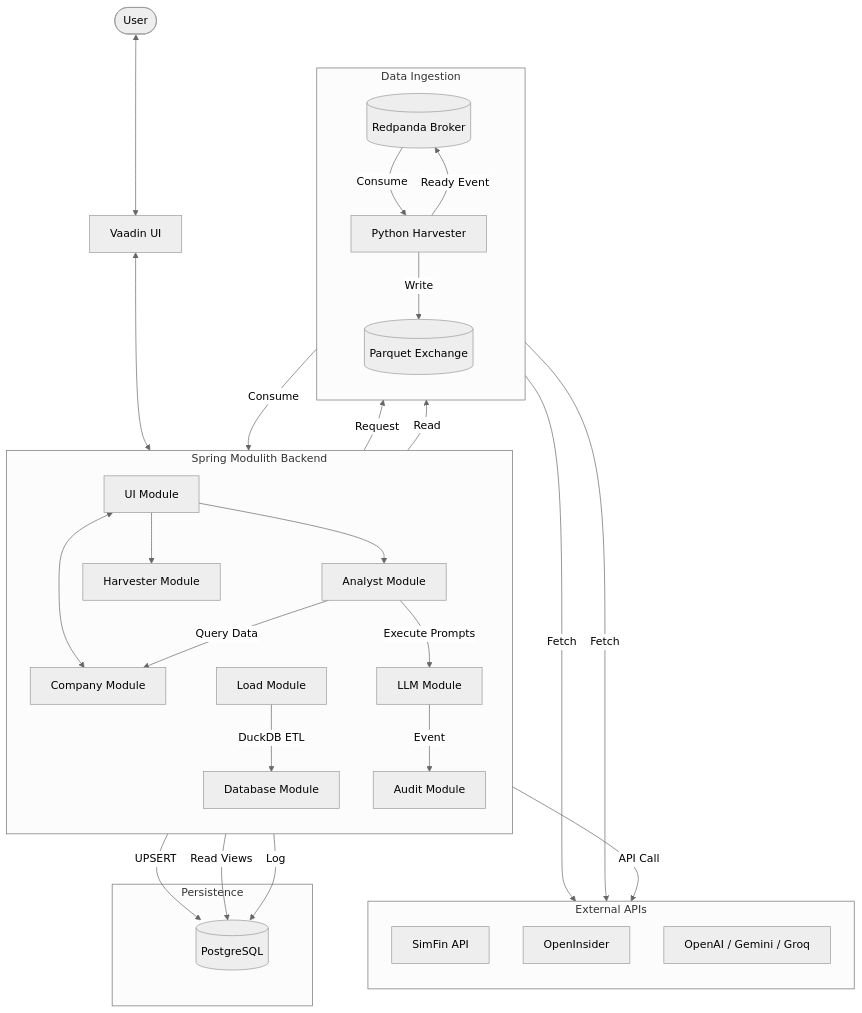
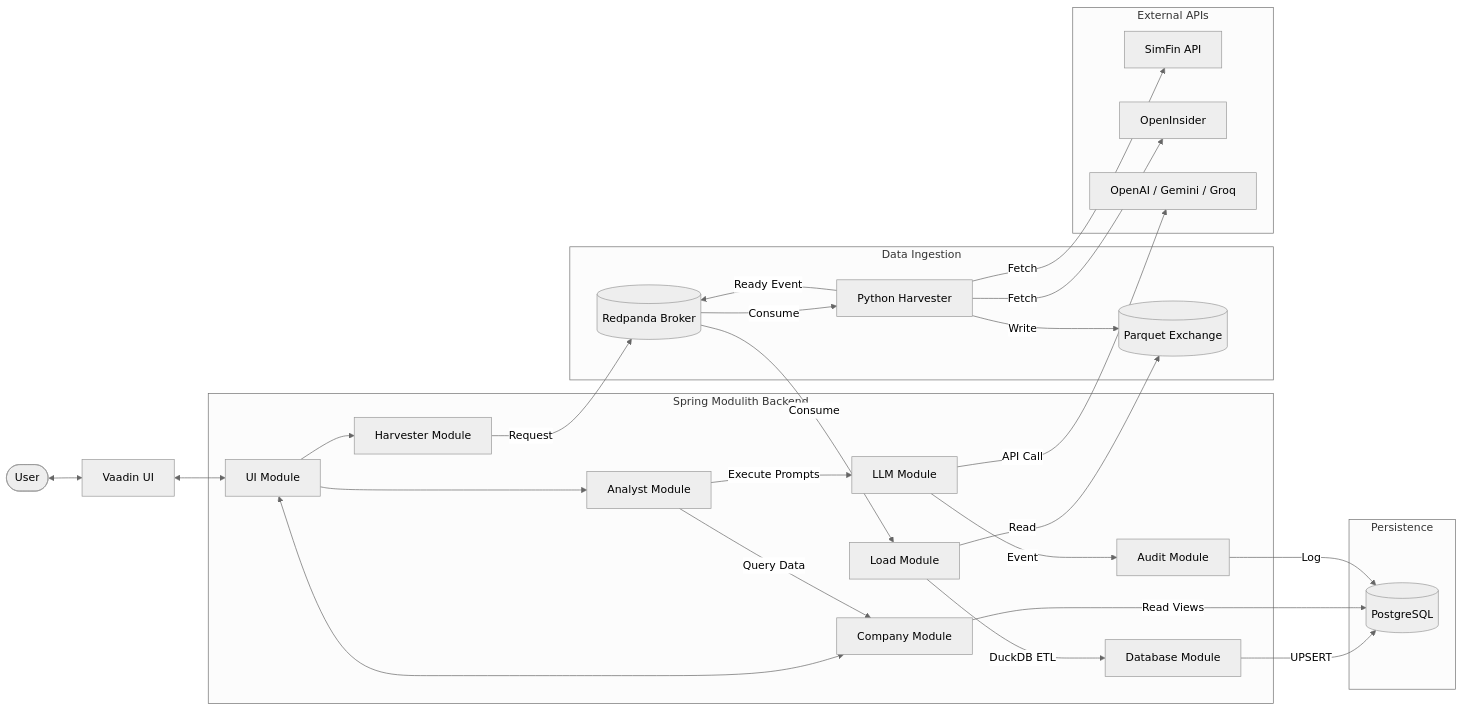
Before and after one commit to amanitka/oraculum: the diagram in README.md, drawn with Mermaid (neutral theme). The commit also changed other lines of this file and 3 other files, not shown here.

````diff
--- a/README.md
+++ b/README.md
@@ -32,62 +32,59 @@
 ```mermaid
-flowchart TD
+flowchart LR
     User([User]) <--> UI["Vaadin UI"]
     
     subgraph Spring Modulith Backend
-        direction TB
         UI_Mod["UI Module"]
         Company["Company Module"]
         Analyst["Analyst Module"]
         Harvester_Mod["Harvester Module"]
         Load["Load Module"]
         Database["Database Module"]
         LLM["LLM Module"]
         Audit["Audit Module"]
     end
     
     subgraph Data Ingestion
-        direction TB
         Kafka[("Redpanda Broker")]
         PythonHarvester["Python Harvester"]
         ExchangeDir[("Parquet Exchange")]
     end
 
     subgraph External APIs
-        direction TB
         SimFin["SimFin API"]
         OpenInsider["OpenInsider"]
         AI_Models["OpenAI / Gemini / Groq"]
     end
 
     subgraph Persistence
         Postgres[("PostgreSQL")]
     end
 
     %% Core UI Flow
     UI <--> UI_Mod
     UI_Mod <--> Company
     UI_Mod --> Analyst
     UI_Mod --> Harvester_Mod
     
     %% Harvester / Ingestion Pipeline
     Harvester_Mod -- "Request" --> Kafka
     Kafka -- "Consume" --> PythonHarvester
     PythonHarvester -- "Fetch" --> SimFin
     PythonHarvester -- "Fetch" --> OpenInsider
     PythonHarvester -- "Write" --> ExchangeDir
     PythonHarvester -- "Ready Event" --> Kafka
     
     %% Data Load Pipeline
     Kafka -- "Consume" --> Load
     Load -- "Read" --> ExchangeDir
     Load -- "DuckDB ETL" --> Database
     Database -- "UPSERT" --> Postgres
     
     %% Analysis Flow
     Analyst -- "Query Data" --> Company
     Company -- "Read Views" --> Postgres
     Analyst -- "Execute Prompts" --> LLM
     LLM -- "API Call" --> AI_Models
     LLM -- "Event" --> Audit
     Audit -- "Log" --> Postgres
 ```
````
